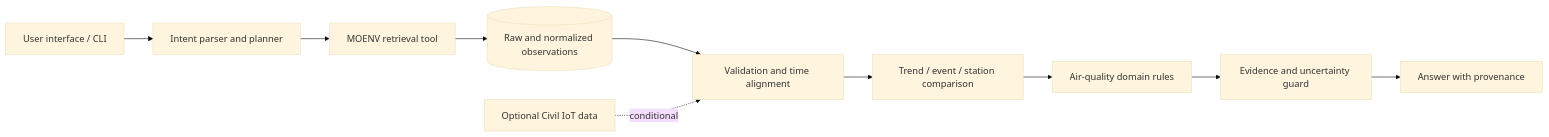
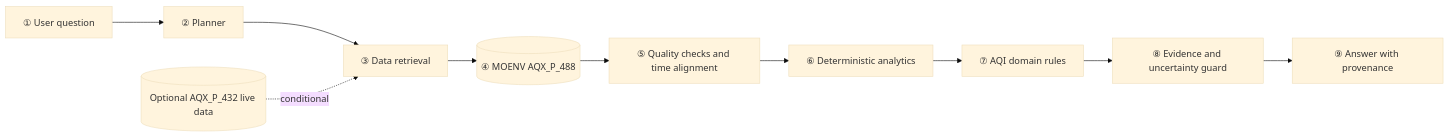
Before and after one commit to Jurass4207/IOT-Final-Project-Proposal: the diagram in DESIGN.md, drawn with Mermaid (base theme). The commit also changed other lines of this file and 6 other files, not shown here.

````diff
--- a/DESIGN.md
+++ b/DESIGN.md
@@ -29,12 +68,12 @@
 ```mermaid
 flowchart LR
-  UI[User interface / CLI] --> Agent[Intent parser and planner]
-  Agent --> Fetch[MOENV retrieval tool]
-  Fetch --> Store[(Raw and normalized observations)]
-  Store --> QA[Validation and time alignment]
-  QA --> Analytics[Trend / event / station comparison]
-  Analytics --> Rules[Air-quality domain rules]
-  Rules --> Ground[Evidence and uncertainty guard]
-  Ground --> Response[Answer with provenance]
-  Sensor[Optional Civil IoT data] -. conditional .-> QA
+  U[① User question] --> P[② Planner]
+  P --> R[③ Data retrieval]
+  R --> D[(④ MOENV AQX_P_488)]
+  D --> Q[⑤ Quality checks and time alignment]
+  Q --> A[⑥ Deterministic analytics]
+  A --> K[⑦ AQI domain rules]
+  K --> G[⑧ Evidence and uncertainty guard]
+  G --> O[⑨ Answer with provenance]
+  L[(Optional AQX_P_432 live data)] -. conditional .-> R
 ```
````
